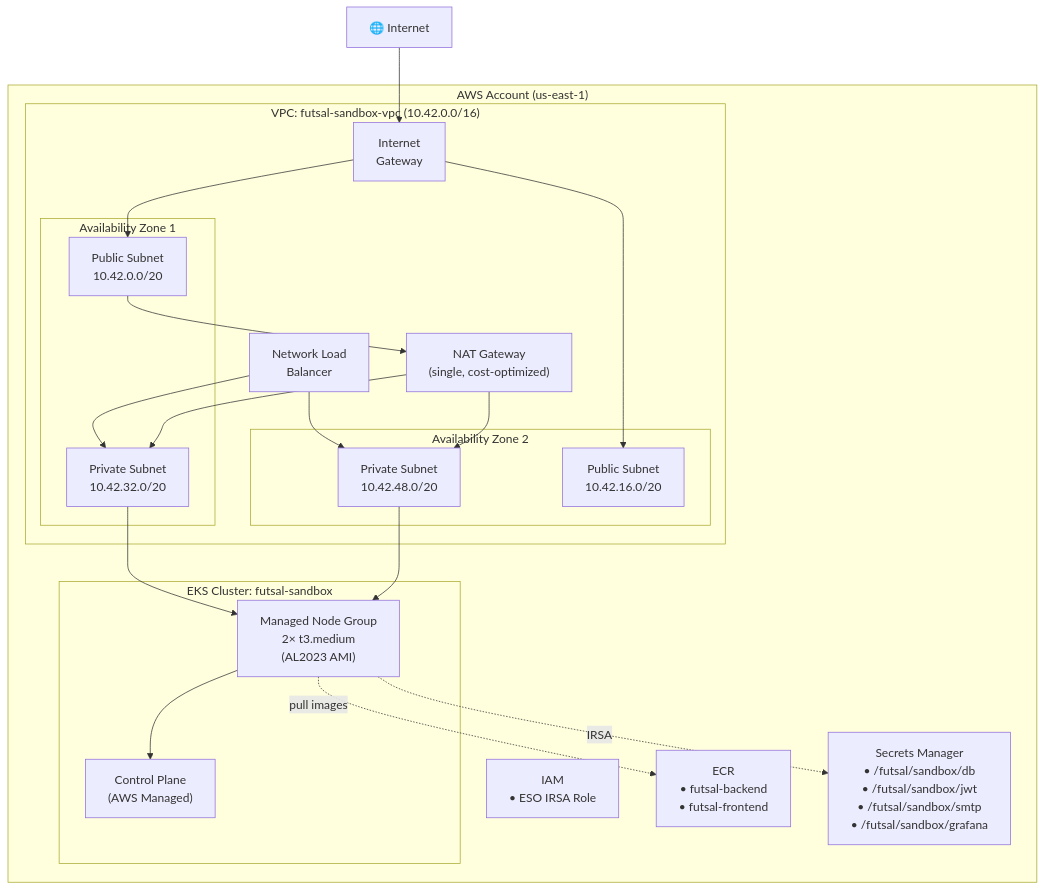
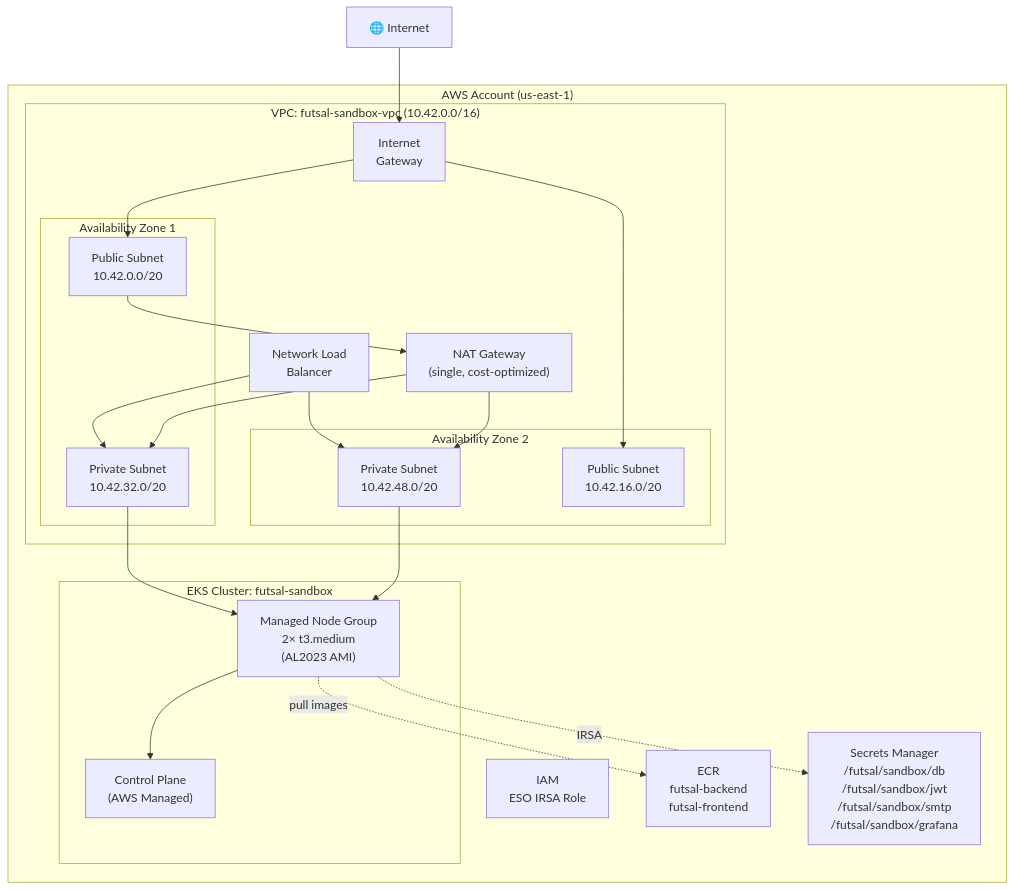
One commit to AmritMalla/futsal-booking changed the first of 3 diagrams in docs/output/03-cloud-infrastructure.md. Above: the diagram before and after it, drawn with Mermaid. The commit also changed other lines of this file and 24 other files, not shown here.

````diff
--- a/docs/output/03-cloud-infrastructure.md
+++ b/docs/output/03-cloud-infrastructure.md
@@ -11,39 +11,39 @@
 ```mermaid
 flowchart TB
     subgraph AWS["AWS Account (us-east-1)"]
         subgraph VPC["VPC: futsal-sandbox-vpc (10.42.0.0/16)"]
             subgraph AZ1["Availability Zone 1"]
-                PubSub1["Public Subnet\n10.42.0.0/20"]
-                PriSub1["Private Subnet\n10.42.32.0/20"]
+                PubSub1["Public Subnet<br>10.42.0.0/20"]
+                PriSub1["Private Subnet<br>10.42.32.0/20"]
             end
 
             subgraph AZ2["Availability Zone 2"]
-                PubSub2["Public Subnet\n10.42.16.0/20"]
-                PriSub2["Private Subnet\n10.42.48.0/20"]
+                PubSub2["Public Subnet<br>10.42.16.0/20"]
+                PriSub2["Private Subnet<br>10.42.48.0/20"]
             end
 
-            IGW["Internet\nGateway"]
-            NAT["NAT Gateway\n(single, cost-optimized)"]
-            NLB["Network Load\nBalancer"]
+            IGW["Internet<br>Gateway"]
+            NAT["NAT Gateway<br>(single, cost-optimized)"]
+            NLB["Network Load<br>Balancer"]
         end
 
         subgraph EKS["EKS Cluster: futsal-sandbox"]
-            CP["Control Plane\n(AWS Managed)"]
-            NG["Managed Node Group\n2× t3.medium\n(AL2023 AMI)"]
+            CP["Control Plane<br>(AWS Managed)"]
+            NG["Managed Node Group<br>2× t3.medium<br>(AL2023 AMI)"]
         end
 
-        ECR["ECR\n• futsal-backend\n• futsal-frontend"]
-        SM["Secrets Manager\n• /futsal/sandbox/db\n• /futsal/sandbox/jwt\n• /futsal/sandbox/smtp\n• /futsal/sandbox/grafana"]
-        IAM["IAM\n• ESO IRSA Role"]
+        ECR["ECR<br>futsal-backend<br>futsal-frontend"]
+        SM["Secrets Manager<br>/futsal/sandbox/db<br>/futsal/sandbox/jwt<br>/futsal/sandbox/smtp<br>/futsal/sandbox/grafana"]
+        IAM["IAM<br>ESO IRSA Role"]
     end
 
     Internet["🌐 Internet"] --> IGW
     IGW --> PubSub1 & PubSub2
     PubSub1 --> NAT
     NAT --> PriSub1 & PriSub2
     NLB --> PriSub1 & PriSub2
     PriSub1 & PriSub2 --> NG
     NG --> CP
     NG -.->|"pull images"| ECR
     NG -.->|"IRSA"| SM
 ```
````
